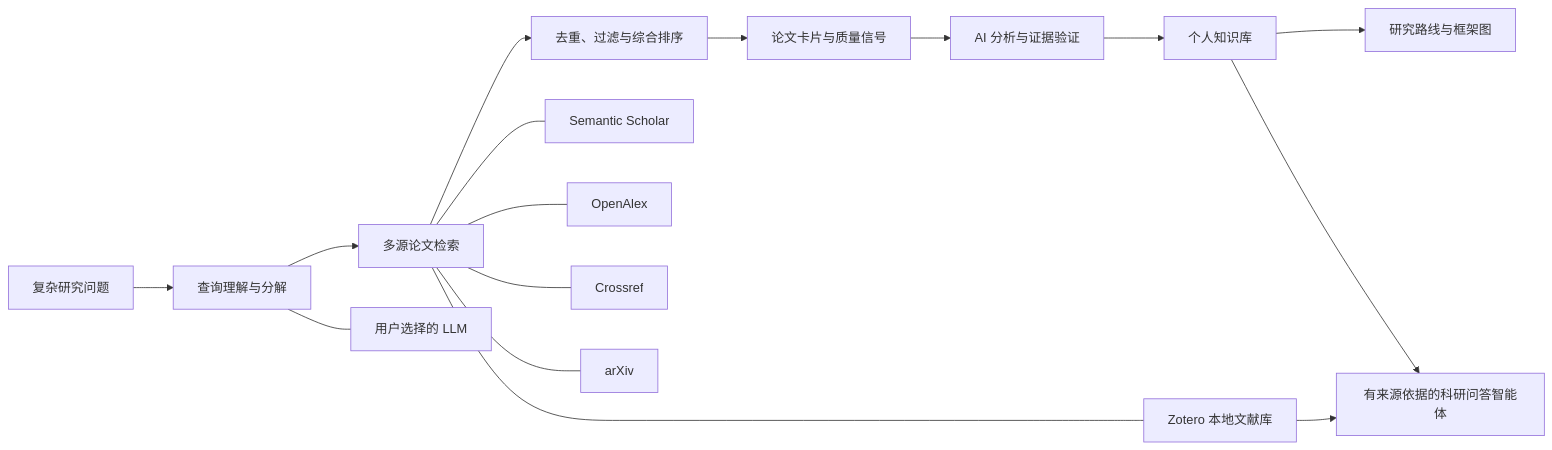
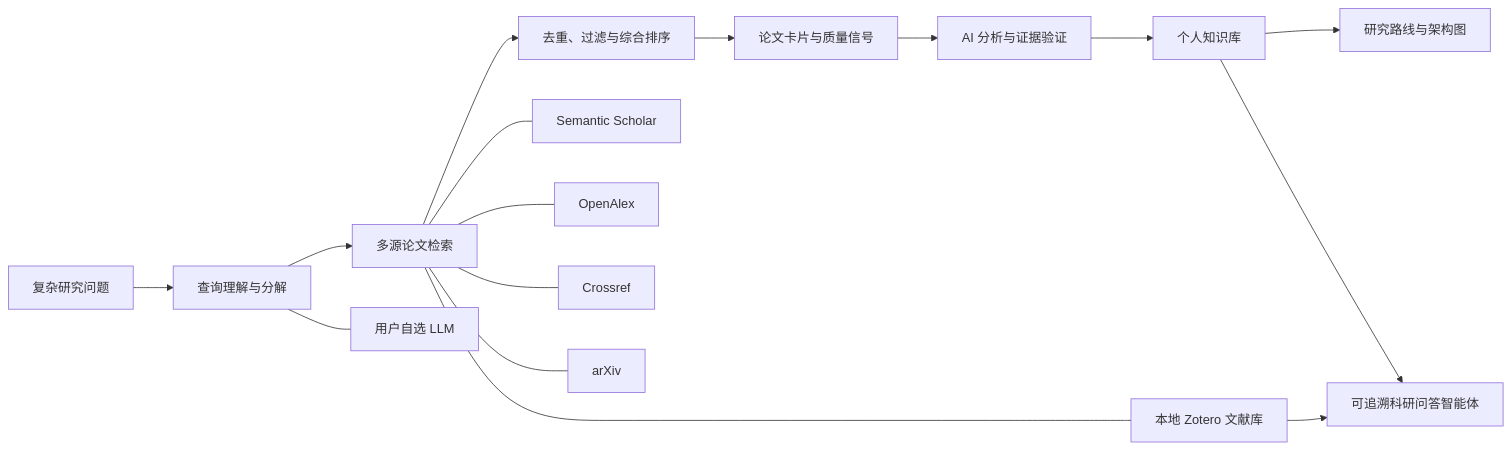
One commit to zhangweiguo9719-web/ScholarNova changed the diagram in README.zh-CN.md. Above: the diagram before and after it, drawn with Mermaid. The commit also changed other lines of this file and 19 other files, not shown here.

````diff
--- a/README.zh-CN.md
+++ b/README.zh-CN.md
@@ -114,19 +172,19 @@
 ```mermaid
 flowchart LR
     U["复杂研究问题"] --> Q["查询理解与分解"]
     Q --> S["多源论文检索"]
     S --> D["去重、过滤与综合排序"]
     D --> R["论文卡片与质量信号"]
     R --> A["AI 分析与证据验证"]
     A --> K["个人知识库"]
-    K --> G["研究路线与框架图"]
-    K --> RA["有来源依据的科研问答智能体"]
+    K --> G["研究路线与架构图"]
+    K --> RA["可追溯科研问答智能体"]
     Z --> RA
 
     S --- SS["Semantic Scholar"]
     S --- OA["OpenAlex"]
     S --- CR["Crossref"]
     S --- AX["arXiv"]
-    S --- Z["Zotero 本地文献库"]
-    Q --- LLM["用户选择的 LLM"]
+    S --- Z["本地 Zotero 文献库"]
+    Q --- LLM["用户自选 LLM"]
 ```
````
